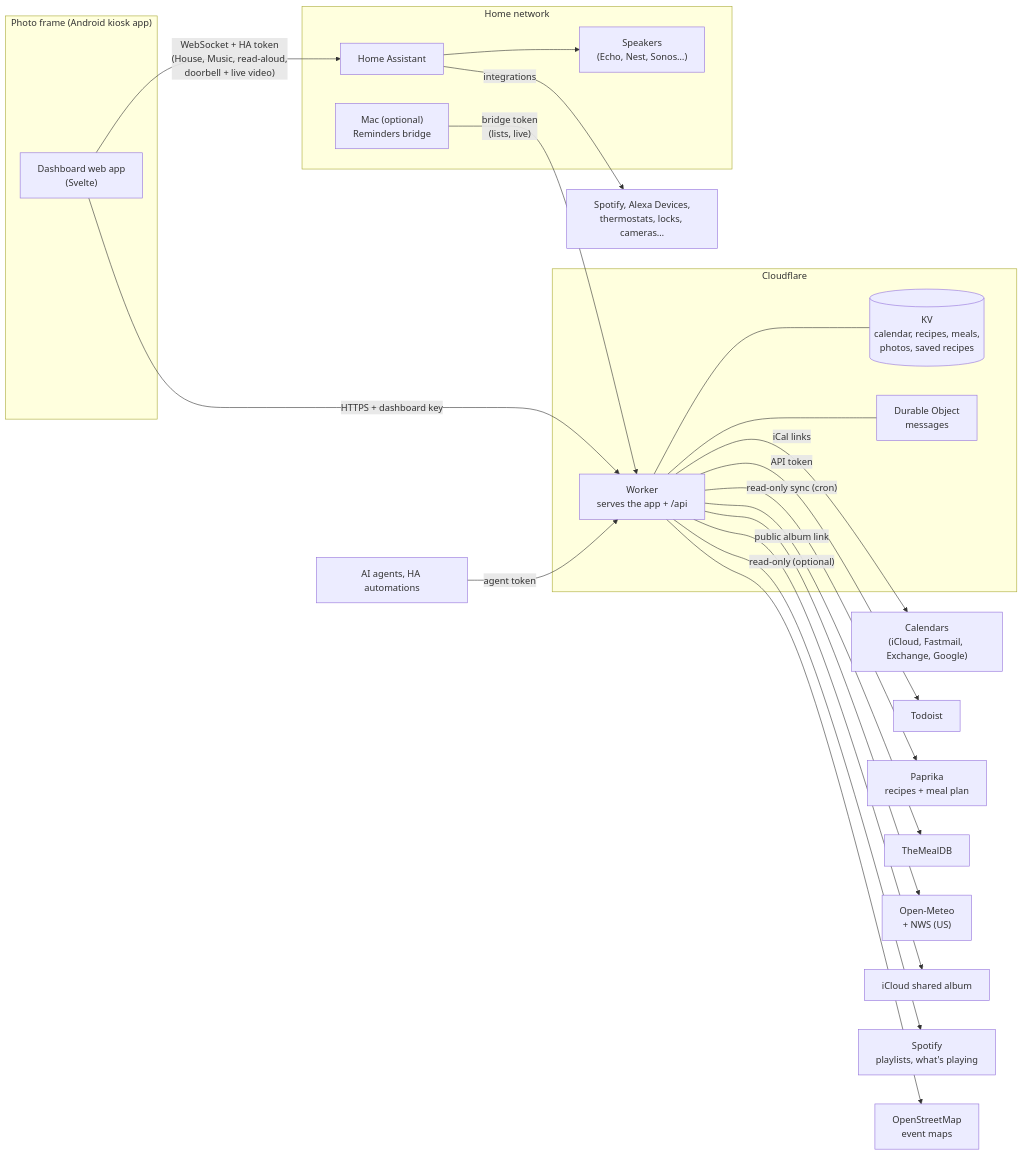
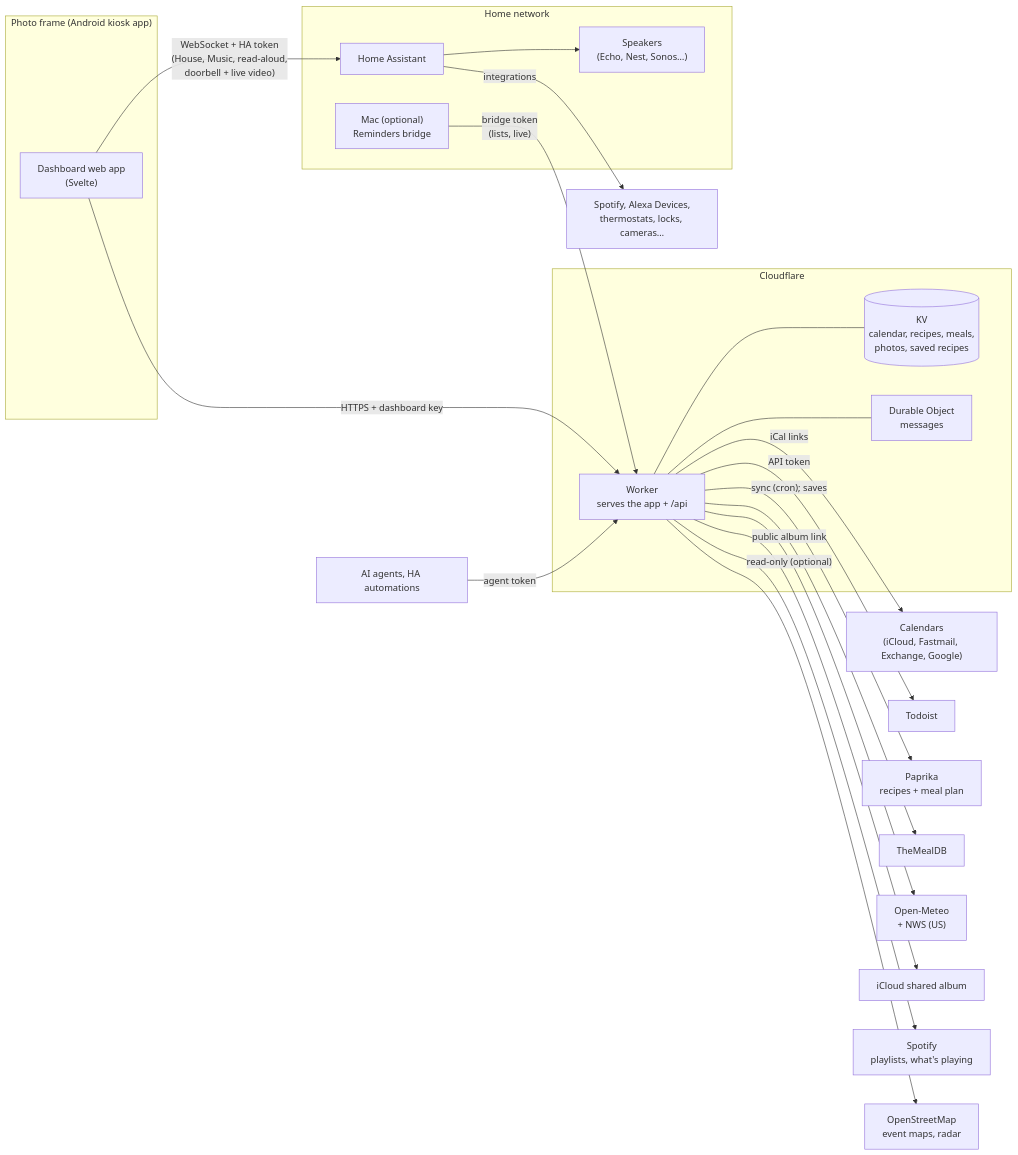
Before and after one commit to thnk2wn/kitchen-frame: the diagram in README.md, drawn with Mermaid. The commit also changed other lines of this file and 14 other files, not shown here.

````diff
--- a/README.md
+++ b/README.md
@@ -84,36 +88,36 @@
 ```mermaid
 flowchart LR
   subgraph frame["Photo frame (Android kiosk app)"]
     app["Dashboard web app<br/>(Svelte)"]
   end
 
   subgraph cf["Cloudflare"]
     worker["Worker<br/>serves the app + /api"]
     kv[("KV<br/>calendar, recipes, meals,<br/>photos, saved recipes")]
     room["Durable Object<br/>messages"]
     worker --- kv
     worker --- room
   end
 
   subgraph home["Home network"]
     ha["Home Assistant"]
     speakers["Speakers<br/>(Echo, Nest, Sonos…)"]
     ha --> speakers
     mac["Mac (optional)<br/>Reminders bridge"]
   end
   mac -- "bridge token<br/>(lists, live)" --> worker
 
   app -- "HTTPS + dashboard key" --> worker
   app -- "WebSocket + HA token<br/>(House, Music, read-aloud,<br/>doorbell + live video)" --> ha
 
   worker -- iCal links --> cal["Calendars<br/>(iCloud, Fastmail, Exchange, Google)"]
   worker -- API token --> todoist["Todoist"]
-  worker -- "read-only sync (cron)" --> paprika["Paprika<br/>recipes + meal plan"]
+  worker -- "sync (cron); saves" --> paprika["Paprika<br/>recipes + meal plan"]
   worker --> mealdb["TheMealDB"]
   worker --> weather["Open-Meteo<br/>+ NWS (US)"]
   worker -- public album link --> icloud["iCloud shared album"]
   worker -- "read-only (optional)" --> spotifyapi["Spotify<br/>playlists, what's playing"]
-  worker --> osm["OpenStreetMap<br/>event maps"]
+  worker --> osm["OpenStreetMap<br/>event maps, radar"]
   ha -- integrations --> spotify["Spotify, Alexa Devices,<br/>thermostats, locks, cameras…"]
   agents["AI agents, HA automations"] -- "agent token" --> worker
 ```
````
